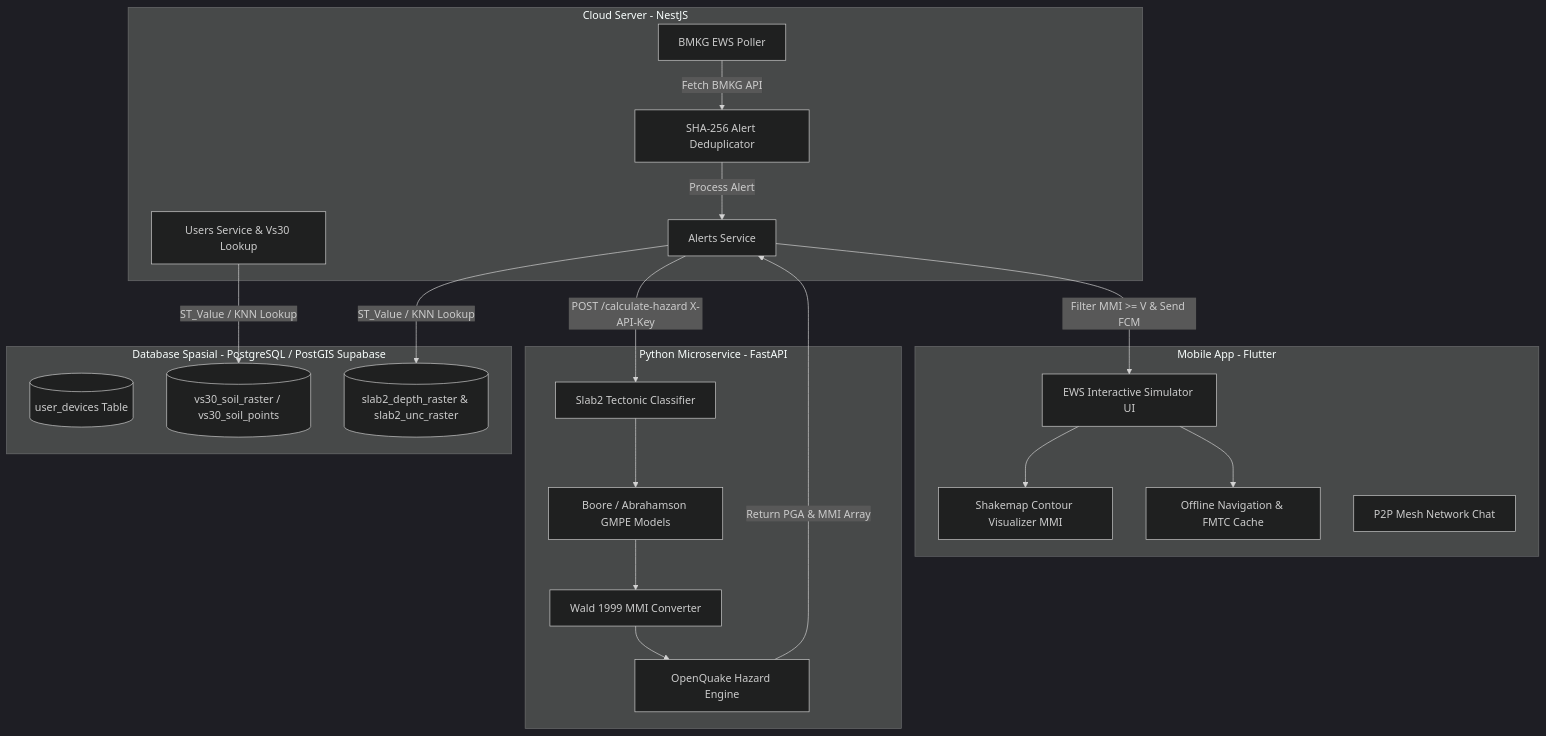
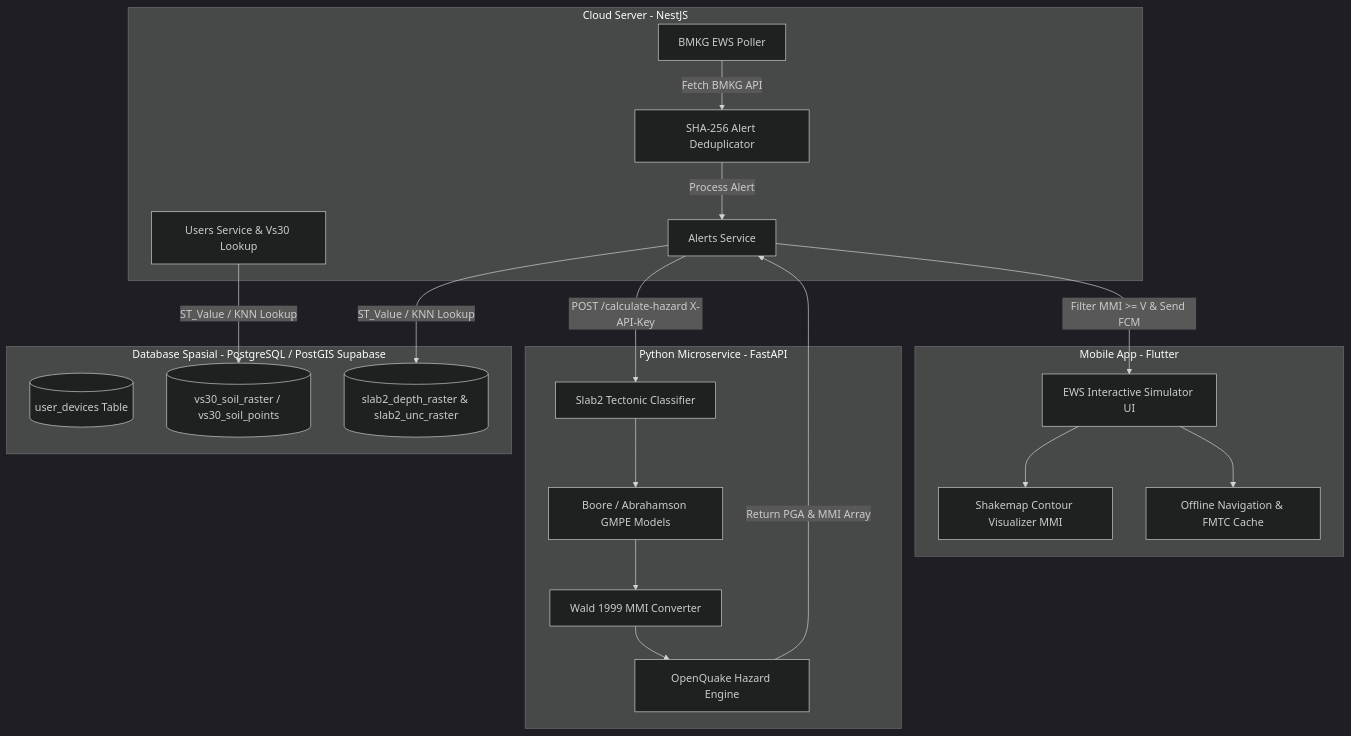
One commit to devabrahmasta/suar_app changed the diagram in README.md. Above: the diagram before and after it, drawn with Mermaid (dark theme). The commit also changed other lines of this file and 7 other files, not shown here.

````diff
--- a/README.md
+++ b/README.md
@@ -98,40 +92,39 @@
 ```mermaid
 flowchart TD
     subgraph ClientLayer[Mobile App - Flutter]
         UI[EWS Interactive Simulator UI]
         MapVis[Shakemap Contour Visualizer MMI]
         Nav[Offline Navigation & FMTC Cache]
-        Mesh[P2P Mesh Network Chat]
     end
 
     subgraph BackendLayer[Cloud Server - NestJS]
         Poller[BMKG EWS Poller]
         Dedup[SHA-256 Alert Deduplicator]
         AlertSvc[Alerts Service]
         UserSvc[Users Service & Vs30 Lookup]
     end
 
     subgraph MicroserviceLayer[Python Microservice - FastAPI]
         OQEngine[OpenQuake Hazard Engine]
         SlabClassifier[Slab2 Tectonic Classifier]
         GMPE[Boore / Abrahamson GMPE Models]
         Wald[Wald 1999 MMI Converter]
     end
 
     subgraph DBLayer[Database Spasial - PostgreSQL / PostGIS Supabase]
         UserDev[(user_devices Table)]
         Vs30Raster[(vs30_soil_raster / vs30_soil_points)]
         SlabRaster[(slab2_depth_raster & slab2_unc_raster)]
     end
 
     Poller -->|Fetch BMKG API| Dedup
     Dedup -->|Process Alert| AlertSvc
     AlertSvc -->|ST_Value / KNN Lookup| SlabRaster
     UserSvc -->|ST_Value / KNN Lookup| Vs30Raster
     AlertSvc -->|POST /calculate-hazard X-API-Key| SlabClassifier
     SlabClassifier --> GMPE --> Wald --> OQEngine
     OQEngine -->|Return PGA & MMI Array| AlertSvc
     AlertSvc -->|Filter MMI >= V & Send FCM| UI
     UI --> MapVis
     UI --> Nav
 ```
````
